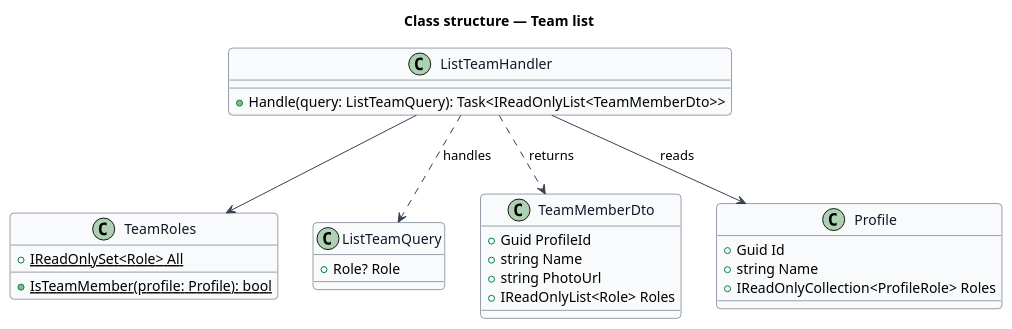
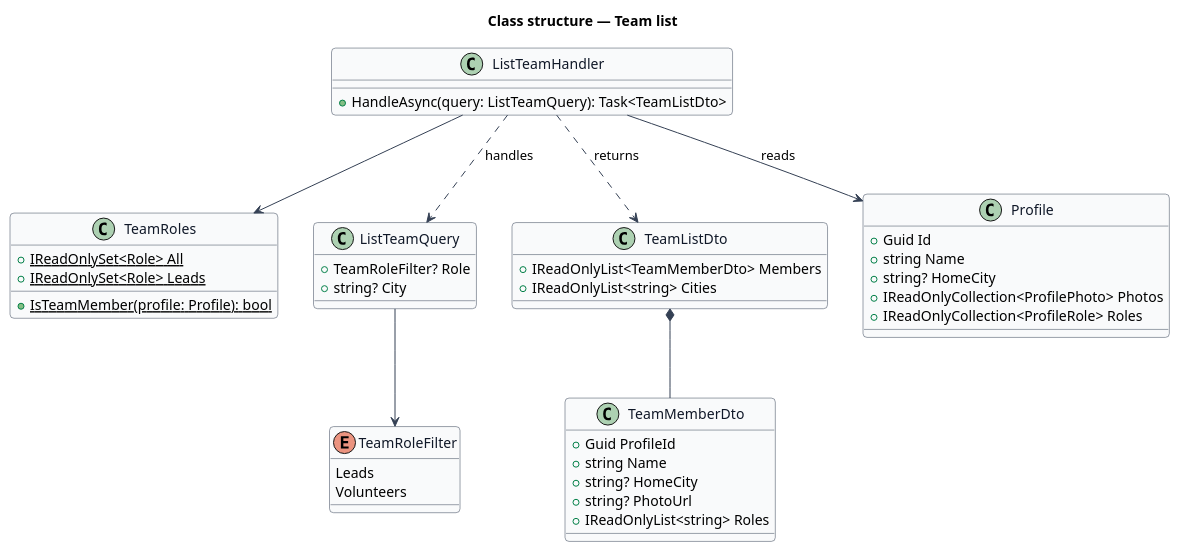
Before and after one commit to QuinntyneBrown/faithtech-community: the diagram in docs/detailed-designs/team/team-list/diagrams/class-structure.puml, drawn with PlantUML. The commit also changed 14 other files, not shown here.

First line of the commit message:
Close the team list documentation gaps

```diff
--- a/docs/detailed-designs/team/team-list/diagrams/class-structure.puml
+++ b/docs/detailed-designs/team/team-list/diagrams/class-structure.puml
@@ -1,38 +1,53 @@
 @startuml
 skinparam backgroundColor #FFFFFF
 skinparam shadowing false
 skinparam roundcorner 8
 skinparam defaultFontName Arial
 skinparam ArrowColor #344054
 skinparam class {
   BorderColor #344054
   FontColor #101828
   BackgroundColor #F9FAFB
 }
 title Class structure — Team list
 class TeamRoles {
   +{static} IReadOnlySet<Role> All
+  +{static} IReadOnlySet<Role> Leads
   +{static} IsTeamMember(profile: Profile): bool
 }
+enum TeamRoleFilter {
+  Leads
+  Volunteers
+}
 class ListTeamQuery {
-  +Role? Role
+  +TeamRoleFilter? Role
+  +string? City
 }
 class ListTeamHandler {
-  +Handle(query: ListTeamQuery): Task<IReadOnlyList<TeamMemberDto>>
+  +HandleAsync(query: ListTeamQuery): Task<TeamListDto>
+}
+class TeamListDto {
+  +IReadOnlyList<TeamMemberDto> Members
+  +IReadOnlyList<string> Cities
 }
 class TeamMemberDto {
   +Guid ProfileId
   +string Name
-  +string PhotoUrl
-  +IReadOnlyList<Role> Roles
+  +string? HomeCity
+  +string? PhotoUrl
+  +IReadOnlyList<string> Roles
 }
 class Profile {
   +Guid Id
   +string Name
+  +string? HomeCity
+  +IReadOnlyCollection<ProfilePhoto> Photos
   +IReadOnlyCollection<ProfileRole> Roles
 }
 ListTeamHandler ..> ListTeamQuery : handles
 ListTeamHandler --> TeamRoles
 ListTeamHandler --> Profile : reads
-ListTeamHandler ..> TeamMemberDto : returns
+ListTeamHandler ..> TeamListDto : returns
+ListTeamQuery --> TeamRoleFilter
+TeamListDto *-- TeamMemberDto
 @enduml
```
